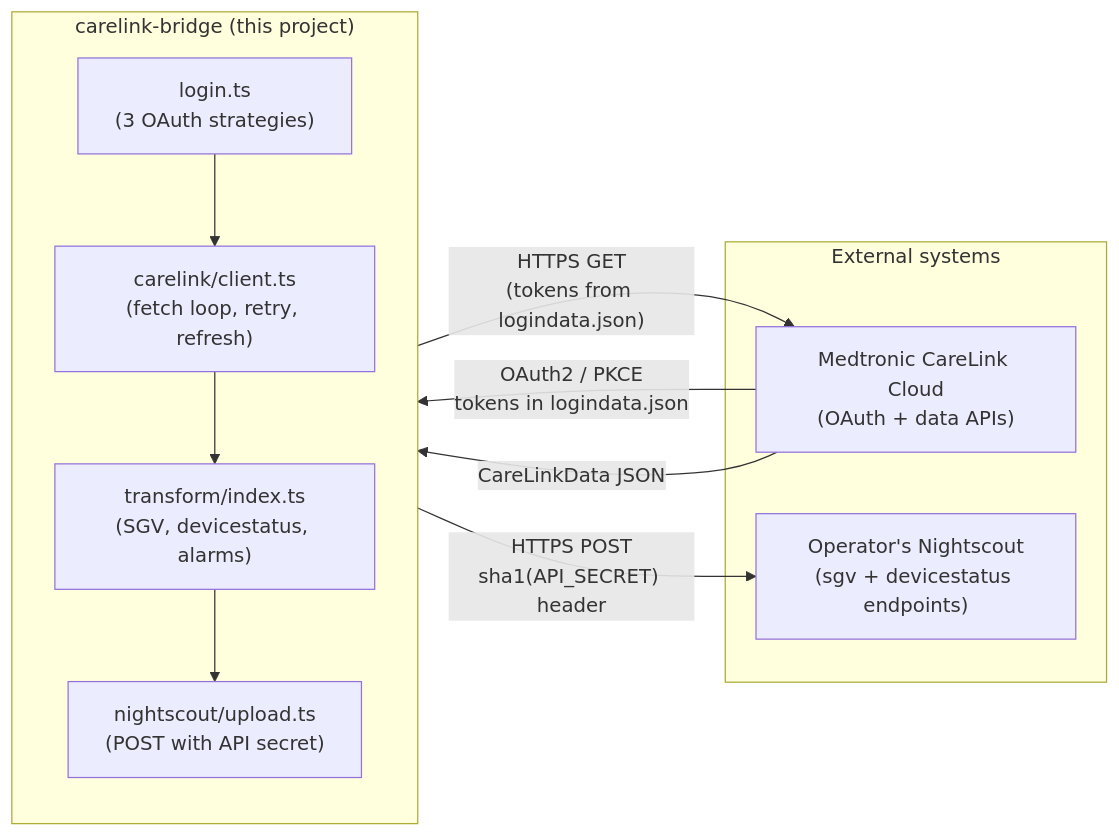
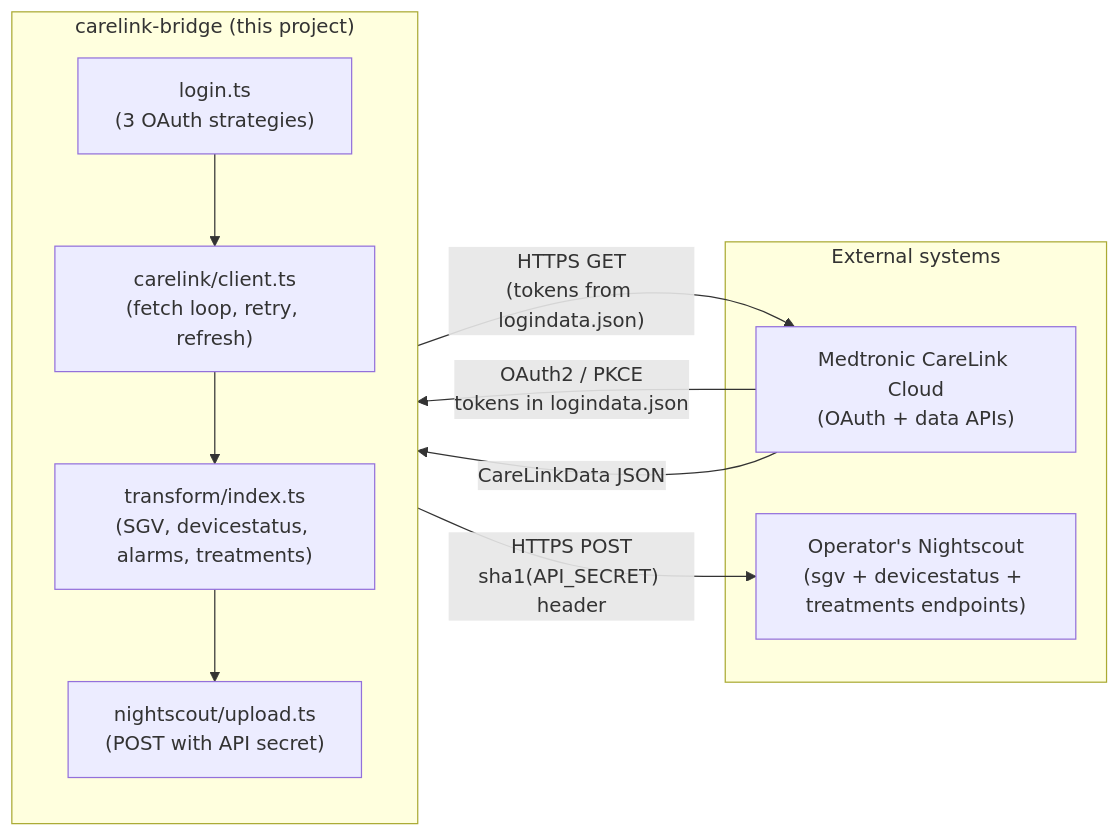
The first of 3 diagrams in docs/ARCHITECTURE.md (NovaLux12/carelink-bridge), drawn with Mermaid before and after one commit. The commit also changed other lines of this file and 15 other files, not shown here.

````diff
--- a/docs/ARCHITECTURE.md
+++ b/docs/ARCHITECTURE.md
@@ -10,21 +10,21 @@
 ```mermaid
 flowchart LR
   subgraph ext["External systems"]
     CL["Medtronic CareLink Cloud<br/>(OAuth + data APIs)"]
-    NS["Operator's Nightscout<br/>(sgv + devicestatus endpoints)"]
+    NS["Operator's Nightscout<br/>(sgv + devicestatus + treatments endpoints)"]
   end
   subgraph bridge["carelink-bridge (this project)"]
     direction TB
     LOGIN["login.ts<br/>(3 OAuth strategies)"]
     FETCH["carelink/client.ts<br/>(fetch loop, retry, refresh)"]
-    TRANSFORM["transform/index.ts<br/>(SGV, devicestatus, alarms)"]
+    TRANSFORM["transform/index.ts<br/>(SGV, devicestatus, alarms, treatments)"]
     UPLOAD["nightscout/upload.ts<br/>(POST with API secret)"]
   end
   CL -- "OAuth2 / PKCE<br/>tokens in logindata.json" --> LOGIN
   LOGIN --> FETCH
   FETCH -- "HTTPS GET<br/>(tokens from logindata.json)" --> CL
   CL -- "CareLinkData JSON" --> FETCH
   FETCH --> TRANSFORM
   TRANSFORM --> UPLOAD
   UPLOAD -- "HTTPS POST<br/>sha1(API_SECRET) header" --> NS
 ```
````
